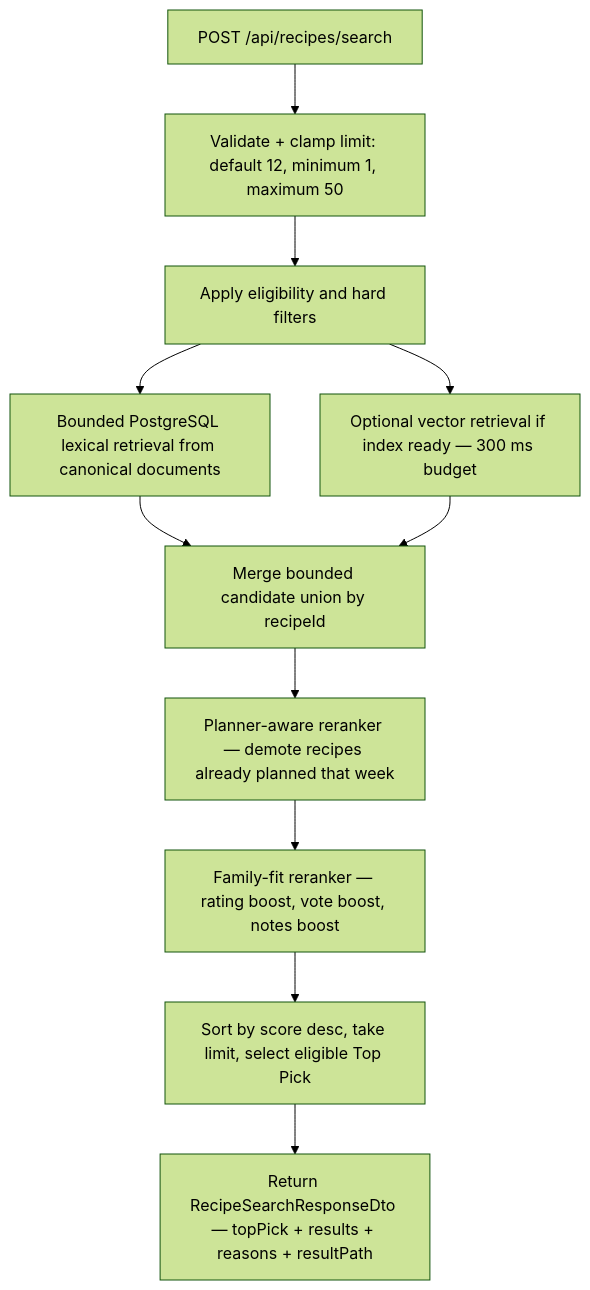
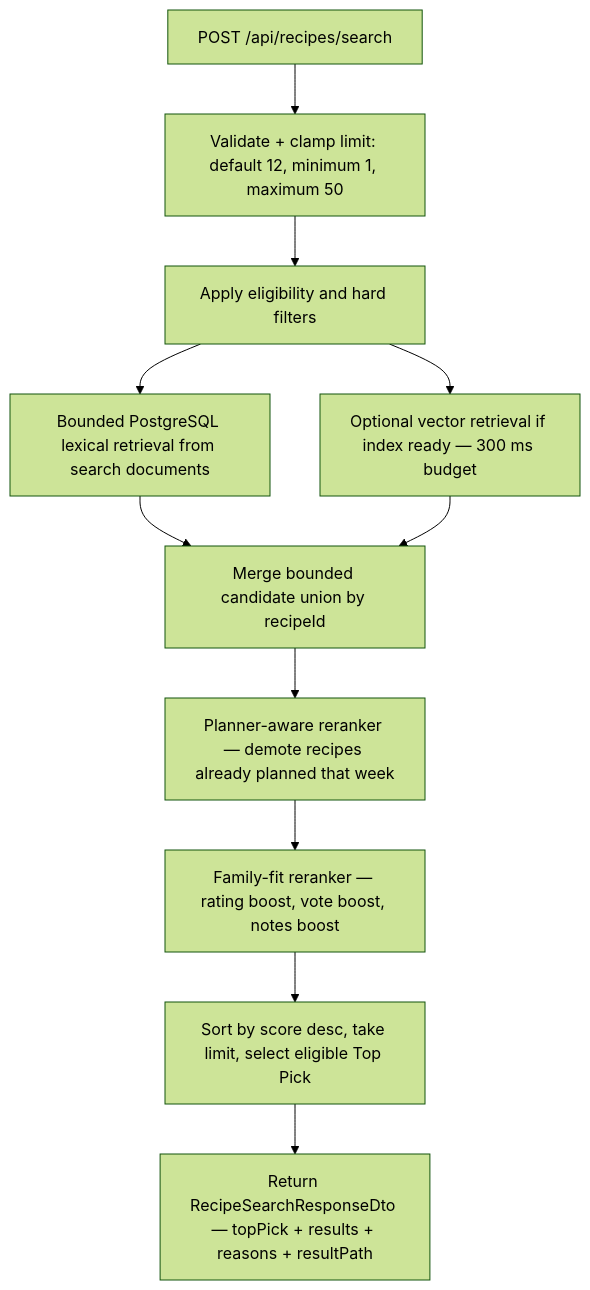
The first of 6 diagrams in docs/flows/data-flows/recipe-search-index-and-recovery.md (AlexandreBrisebois/whats-for-supper), drawn with Mermaid (forest theme) before and after one commit. The commit also changed other lines of this file and 280 other files, not shown here.

````diff
--- a/docs/flows/data-flows/recipe-search-index-and-recovery.md
+++ b/docs/flows/data-flows/recipe-search-index-and-recovery.md
@@ -34,14 +34,14 @@
 ```mermaid
 flowchart TD
     A[POST /api/recipes/search] --> B[Validate + clamp limit: default 12, minimum 1, maximum 50]
     B --> C[Apply eligibility and hard filters]
-    C --> E[Bounded PostgreSQL lexical retrieval from canonical documents]
+    C --> E[Bounded PostgreSQL lexical retrieval from search documents]
     C --> E2[Optional vector retrieval if index ready — 300 ms budget]
     E --> F
     E2 --> F
     F[Merge bounded candidate union by recipeId] --> G
     G[Planner-aware reranker — demote recipes already planned that week] --> H
     H[Family-fit reranker — rating boost, vote boost, notes boost] --> J
     J[Sort by score desc, take limit, select eligible Top Pick] --> K
     K[Return RecipeSearchResponseDto — topPick + results + reasons + resultPath]
 ```
````
